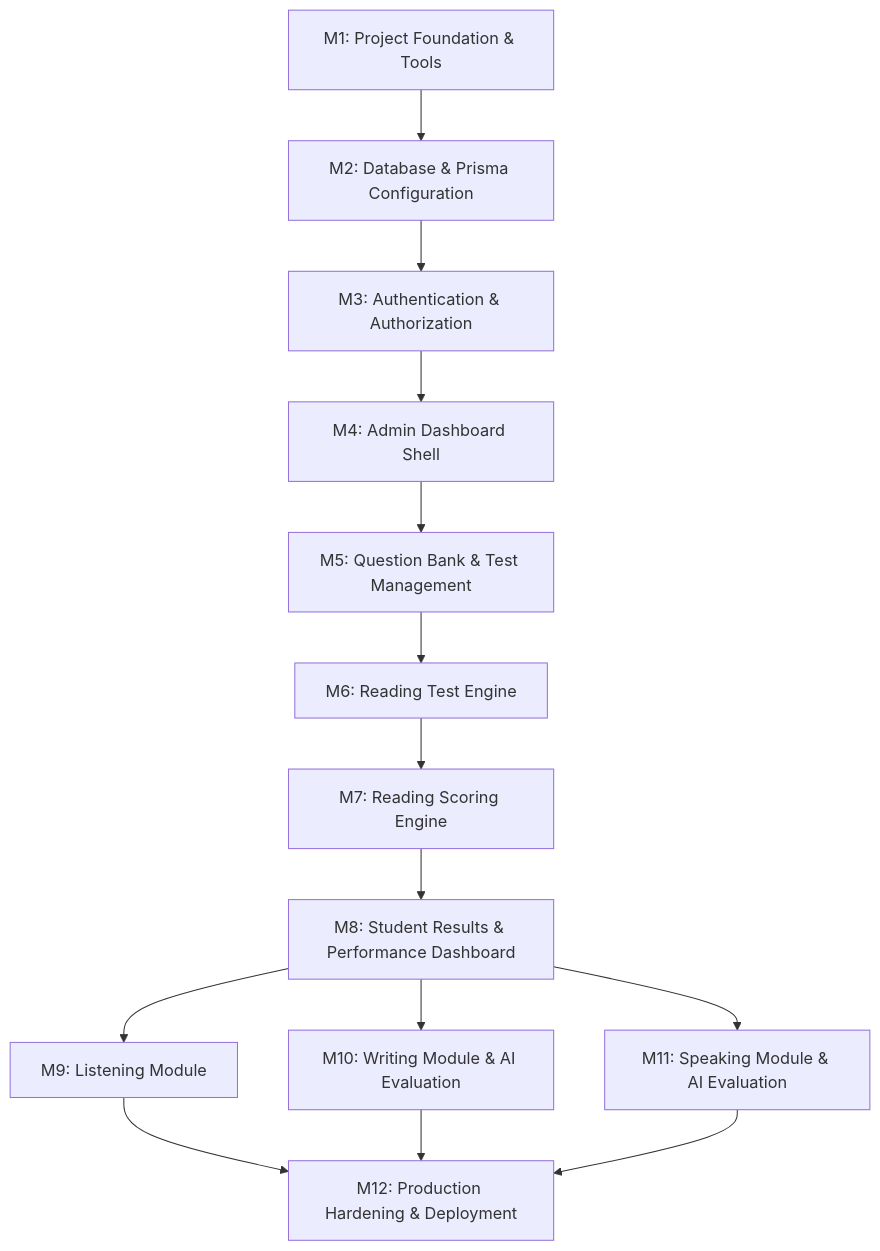
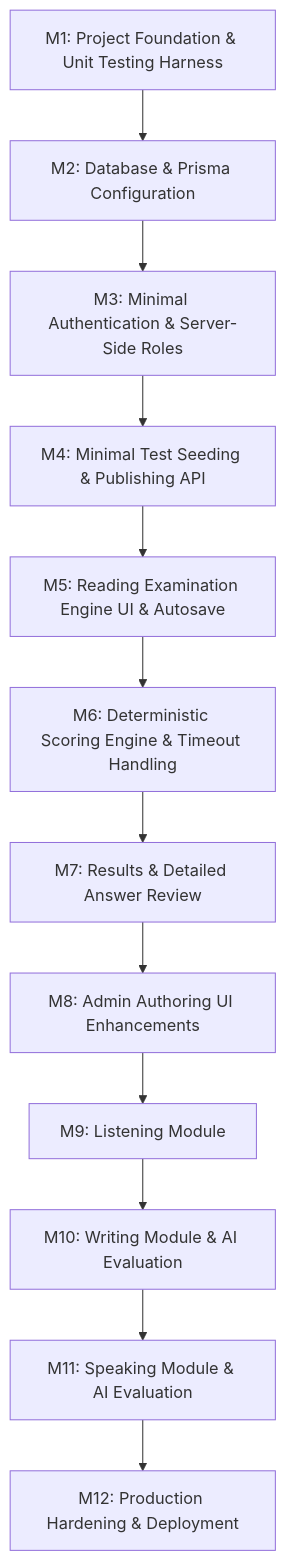
One commit to Md-Nur/IELTS-Bangla changed the diagram in docs/IMPLEMENTATION_PLAN.md. Above: the diagram before and after it, drawn with Mermaid. The commit also changed other lines of this file and 8 other files, not shown here.

````diff
--- a/docs/IMPLEMENTATION_PLAN.md
+++ b/docs/IMPLEMENTATION_PLAN.md
@@ -15,14 +15,14 @@
 ```mermaid
 flowchart TD
-    M1[M1: Project Foundation & Tools] --> M2[M2: Database & Prisma Configuration]
-    M2 --> M3[M3: Authentication & Authorization]
-    M3 --> M4[M4: Admin Dashboard Shell]
-    M4 --> M5[M5: Question Bank & Test Management]
-    M5 --> M6[M6: Reading Test Engine]
-    M6 --> M7[M7: Reading Scoring Engine]
-    M7 --> M8[M8: Student Results & Performance Dashboard]
+    M1[M1: Project Foundation & Unit Testing Harness] --> M2[M2: Database & Prisma Configuration]
+    M2 --> M3[M3: Minimal Authentication & Server-Side Roles]
+    M3 --> M4[M4: Minimal Test Seeding & Publishing API]
+    M4 --> M5[M5: Reading Examination Engine UI & Autosave]
+    M5 --> M6[M6: Deterministic Scoring Engine & Timeout Handling]
+    M6 --> M7[M7: Results & Detailed Answer Review]
+    M7 --> M8[M8: Admin Authoring UI Enhancements]
     M8 --> M9[M9: Listening Module]
-    M8 --> M10[M10: Writing Module & AI Evaluation]
-    M8 --> M11[M11: Speaking Module & AI Evaluation]
-    M9 & M10 & M11 --> M12[M12: Production Hardening & Deployment]
+    M9 --> M10[M10: Writing Module & AI Evaluation]
+    M10 --> M11[M11: Speaking Module & AI Evaluation]
+    M11 --> M12[M12: Production Hardening & Deployment]
 ```
````
